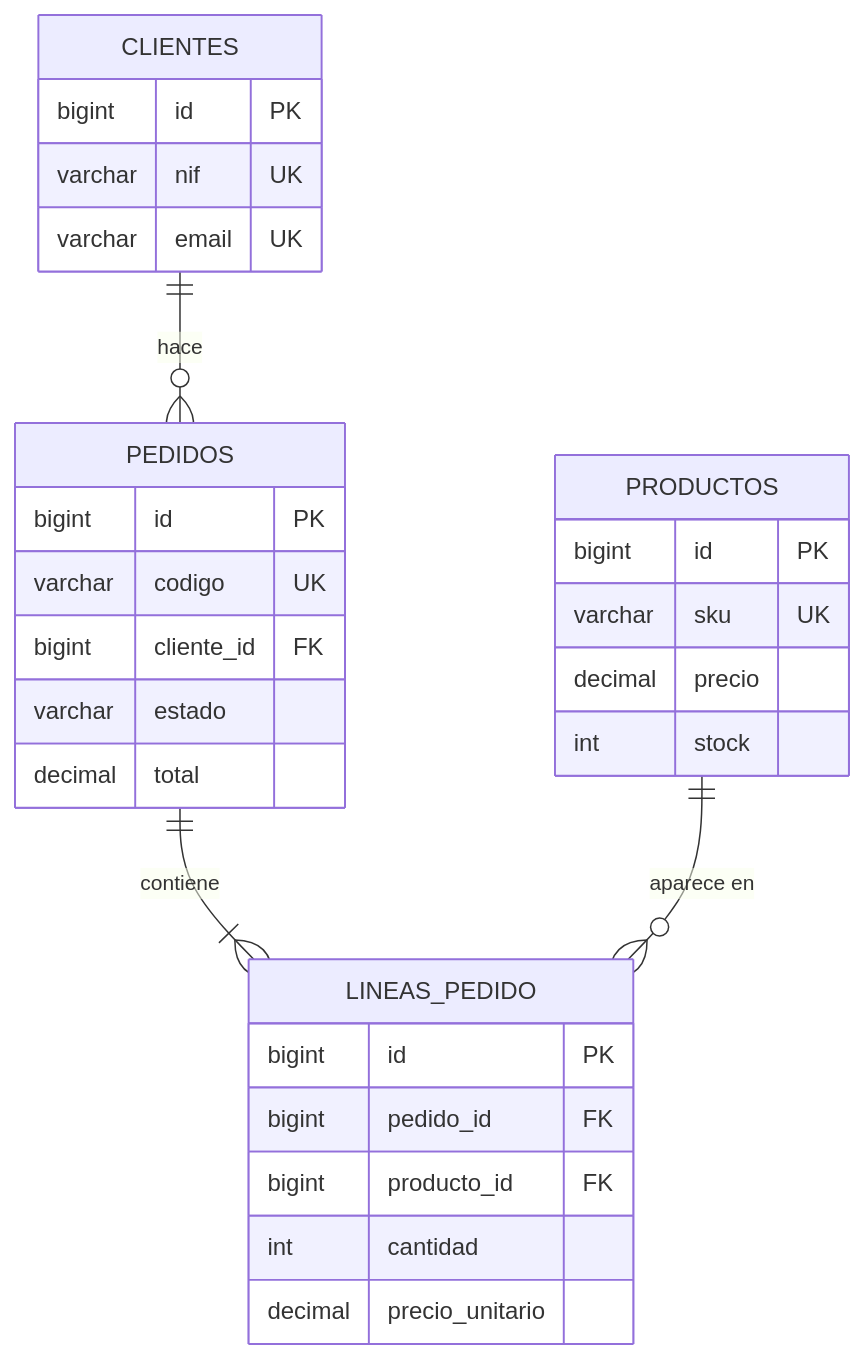
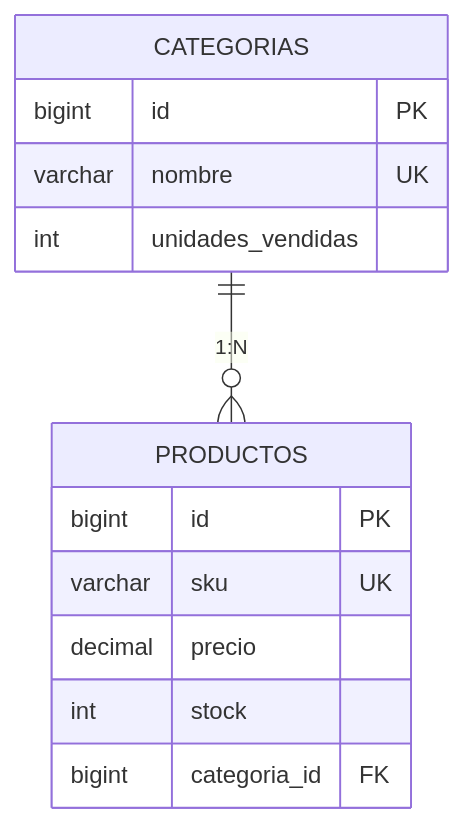
The first of 2 diagrams in docs/ut4/05-proyectos.md (campusdevfp/dwes2627), drawn with Mermaid before and after one commit. The commit also changed other lines of this file and 22 other files, not shown here.

````diff
--- a/docs/ut4/05-proyectos.md
+++ b/docs/ut4/05-proyectos.md
@@ -1249,32 +1061,16 @@
 ```mermaid
 erDiagram
-    CLIENTES  ||--o{ PEDIDOS       : "hace"
-    PEDIDOS   ||--|{ LINEAS_PEDIDO : "contiene"
-    PRODUCTOS ||--o{ LINEAS_PEDIDO : "aparece en"
-
-    CLIENTES {
+    CATEGORIAS ||--o{ PRODUCTOS : "1:N"
+    CATEGORIAS {
         bigint id PK
-        varchar nif UK
-        varchar email UK
+        varchar nombre UK
+        int unidades_vendidas
     }
     PRODUCTOS {
         bigint id PK
         varchar sku UK
         decimal precio
         int stock
-    }
-    PEDIDOS {
-        bigint id PK
-        varchar codigo UK
-        bigint cliente_id FK
-        varchar estado
-        decimal total
-    }
-    LINEAS_PEDIDO {
-        bigint id PK
-        bigint pedido_id FK
-        bigint producto_id FK
-        int cantidad
-        decimal precio_unitario
+        bigint categoria_id FK
     }
 ```
````
